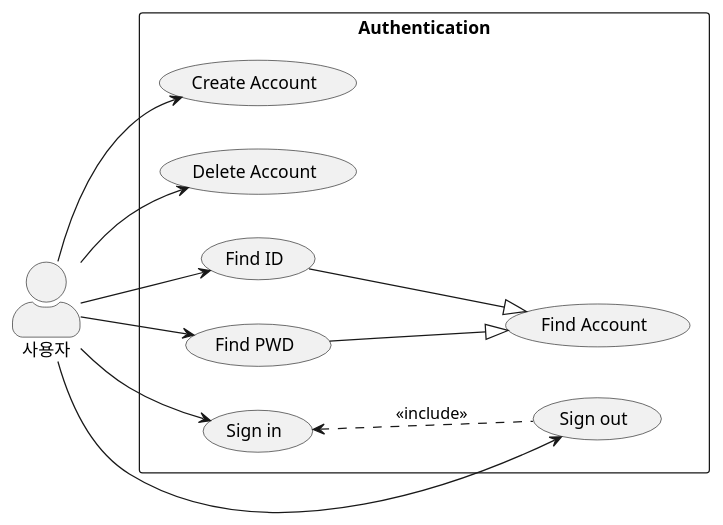
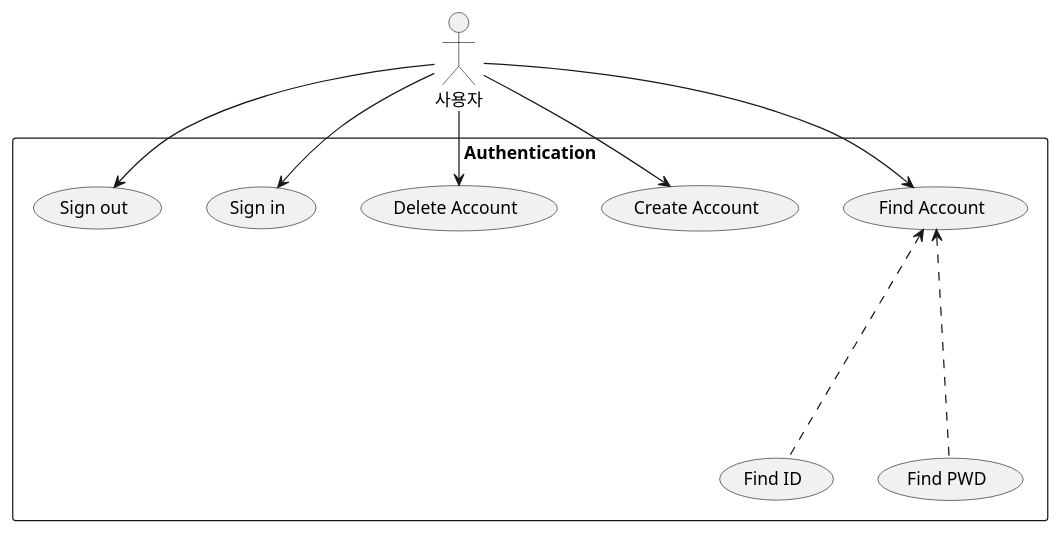
One commit to ye-geeee/moni-app-server changed the diagram in diagram/use-case/authentication.puml. Above: the diagram before and after it, drawn with PlantUML.

Commit message:
[Diagram] Modify authentication UML
- Modify (Find Account) usecase association relation to exclude relation

```diff
--- a/diagram/use-case/authentication.puml
+++ b/diagram/use-case/authentication.puml
@@ -1,33 +1,27 @@
 @startuml authenticaion
-
-skinparam actorStyle awesome
-left to right direction
 
 actor 사용자 as USER
 
 rectangle Authentication {
     usecase "Create Account" as AUTH_CREATE
     usecase "Delete Account" as AUTH_DELETE
 
     usecase "Sign in" as AUTH_SIGN_IN
     usecase "Sign out" as AUTH_SIGN_OUT
 
     usecase "Find Account" as AUTH_FIND
     usecase "Find ID" as AUTH_FIND_ID
     usecase "Find PWD" as AUTH_FIND_PWD
 
     USER --> AUTH_CREATE
     USER --> AUTH_DELETE
+    USER --> AUTH_FIND
+
+    AUTH_FIND_ID ..up..> AUTH_FIND
+    AUTH_FIND_PWD ..up..> AUTH_FIND
 
     USER --> AUTH_SIGN_IN
     USER --> AUTH_SIGN_OUT
-    AUTH_SIGN_IN <.. AUTH_SIGN_OUT : <<include>>
-
-    USER --> AUTH_FIND_ID
-    USER --> AUTH_FIND_PWD
-
-    AUTH_FIND_ID --|> AUTH_FIND
-    AUTH_FIND_PWD --|> AUTH_FIND
 }
 
 @enduml
```
